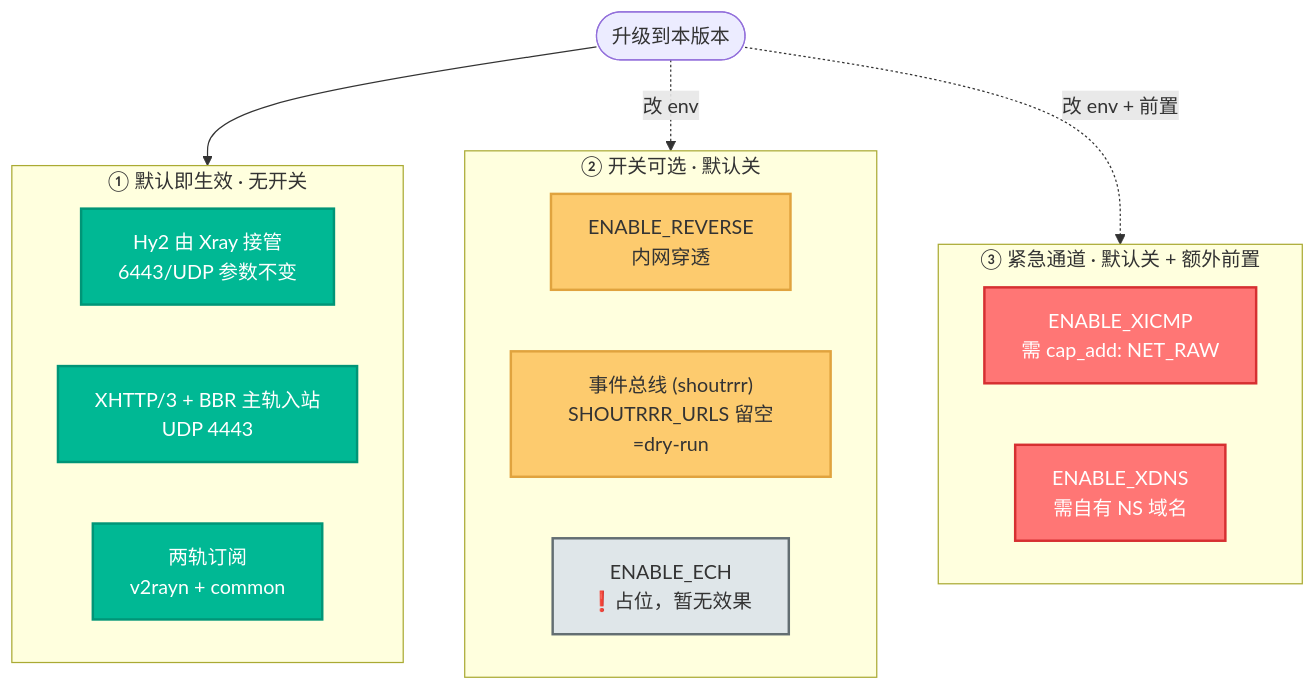
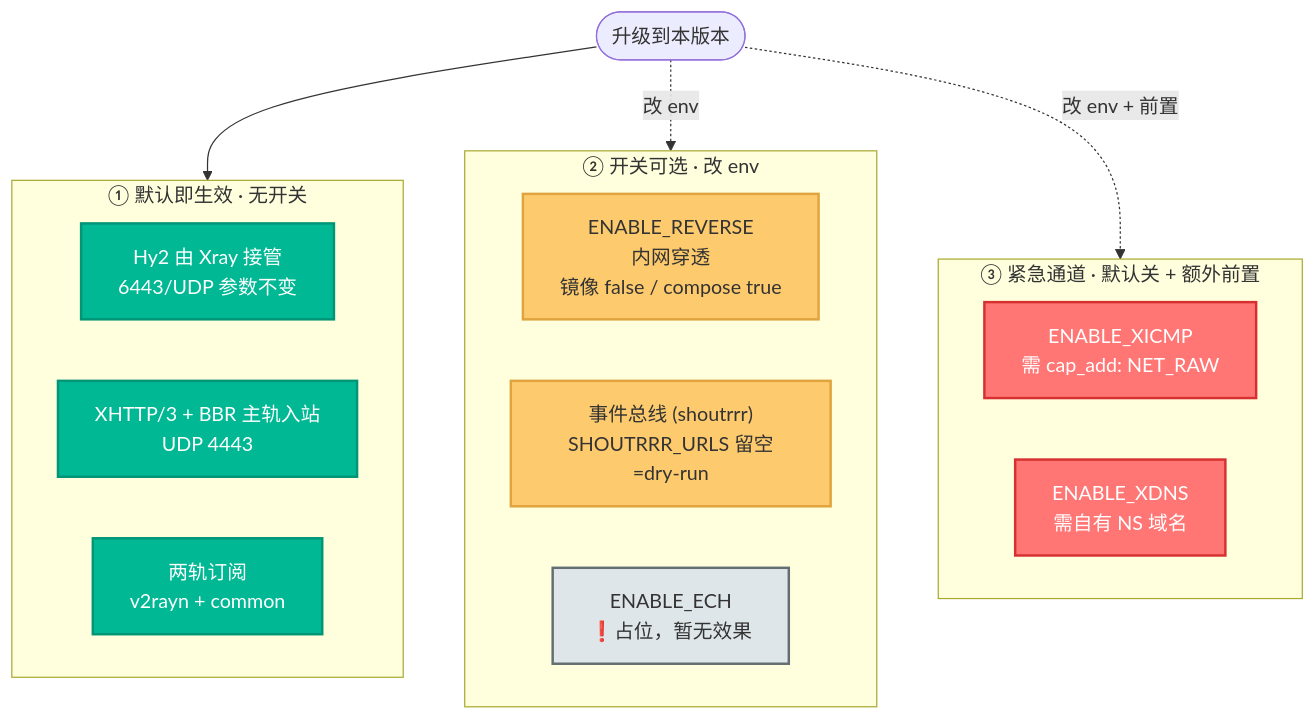
The first of 7 diagrams in docs/09-feature-flags-and-capabilities.md (currycan/sb-xray), drawn with Mermaid before and after one commit. The commit also changed other lines of this file and 23 other files, not shown here.

````diff
--- a/docs/09-feature-flags-and-capabilities.md
+++ b/docs/09-feature-flags-and-capabilities.md
@@ -21,34 +30,34 @@
 ```mermaid
 flowchart TD
     UP(["升级到本版本"])
 
     subgraph AUTO["① 默认即生效 · 无开关"]
         HY2["Hy2 由 Xray 接管<br/>6443/UDP 参数不变"]
         H3["XHTTP/3 + BBR 主轨入站<br/>UDP 4443"]
         SUB["两轨订阅<br/>v2rayn + common"]
     end
 
-    subgraph FLAG["② 开关可选 · 默认关"]
-        REV["ENABLE_REVERSE<br/>内网穿透"]
+    subgraph FLAG["② 开关可选 · 改 env"]
+        REV["ENABLE_REVERSE<br/>内网穿透<br/>镜像 false / compose true"]
         BUS["事件总线 (shoutrrr)<br/>SHOUTRRR_URLS 留空=dry-run"]
         ECH["ENABLE_ECH<br/>❗占位，暂无效果"]
     end
 
     subgraph EMG["③ 紧急通道 · 默认关 + 额外前置"]
         XICMP["ENABLE_XICMP<br/>需 cap_add: NET_RAW"]
         XDNS["ENABLE_XDNS<br/>需自有 NS 域名"]
     end
 
     UP --> AUTO
     UP -.改 env.-> FLAG
     UP -.改 env + 前置.-> EMG
 
     class HY2,H3,SUB process
     class REV,BUS gateway
     class ECH event
     class XICMP,XDNS block
     classDef process  fill:#00b894,stroke:#009577,stroke-width:2px,color:#fff
     classDef gateway  fill:#fdcb6e,stroke:#e0a33e,stroke-width:2px,color:#333
     classDef event    fill:#dfe6e9,stroke:#636e72,stroke-width:2px,color:#333
     classDef block    fill:#ff7675,stroke:#d63031,stroke-width:2px,color:#fff
 ```
````
